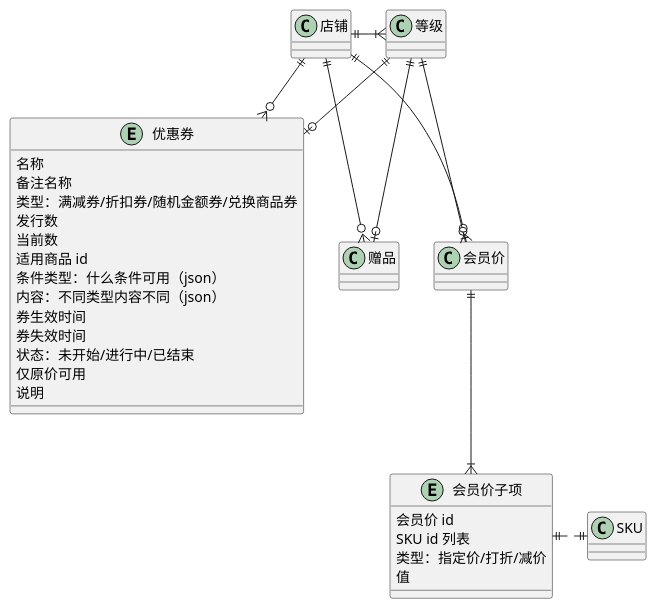
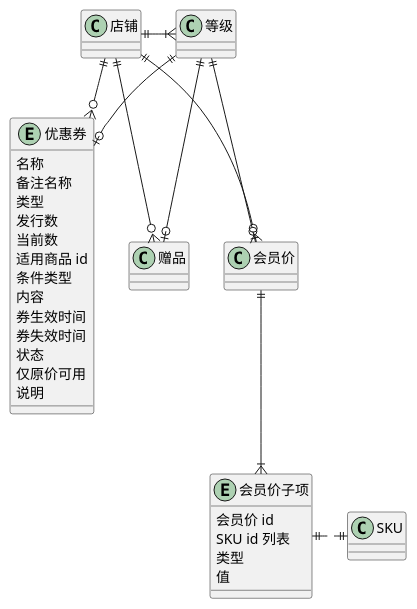
One commit to awesomecat2020/mock-mall changed the diagram in 营销.wsd. Above: the diagram before and after it, drawn with PlantUML. The commit also changed 4 other files, not shown here.

```diff
--- a/营销.wsd
+++ b/营销.wsd
@@ -1,39 +1,44 @@
 @startuml 营销UML
 
 entity 优惠券 {
     名称
     备注名称
-    类型：满减券/折扣券/随机金额券/兑换商品券
+    ' 满减券/折扣券/随机金额券/兑换商品券
+    类型
     发行数
     当前数
     适用商品 id
-    条件类型：什么条件可用（json）
-    内容：不同类型内容不同（json）
+    ' 什么条件可用（json）
+    条件类型
+    ' 不同类型内容不同（json）
+    内容
     券生效时间
     券失效时间
-    状态：未开始/进行中/已结束
+    ' 未开始/进行中/已结束
+    状态
     仅原价可用
     说明
 }
 entity 会员价子项 {
     会员价 id
     SKU id 列表
-    类型：指定价/打折/减价
+    ' 指定价/打折/减价
+    类型
     值
 }
 
 店铺 ||--o{ 赠品
 店铺 ||--o{ 优惠券
 店铺 ||--o{ 会员价
 
 店铺 ||-|{ 等级
 等级 ||--o| 赠品
 等级 ||--o| 优惠券
 等级 ||--o| 会员价
 
 会员价 ||--|{ 会员价子项
 会员价子项 ||.|| SKU
 
 ' 权益
 
 @enduml
```
